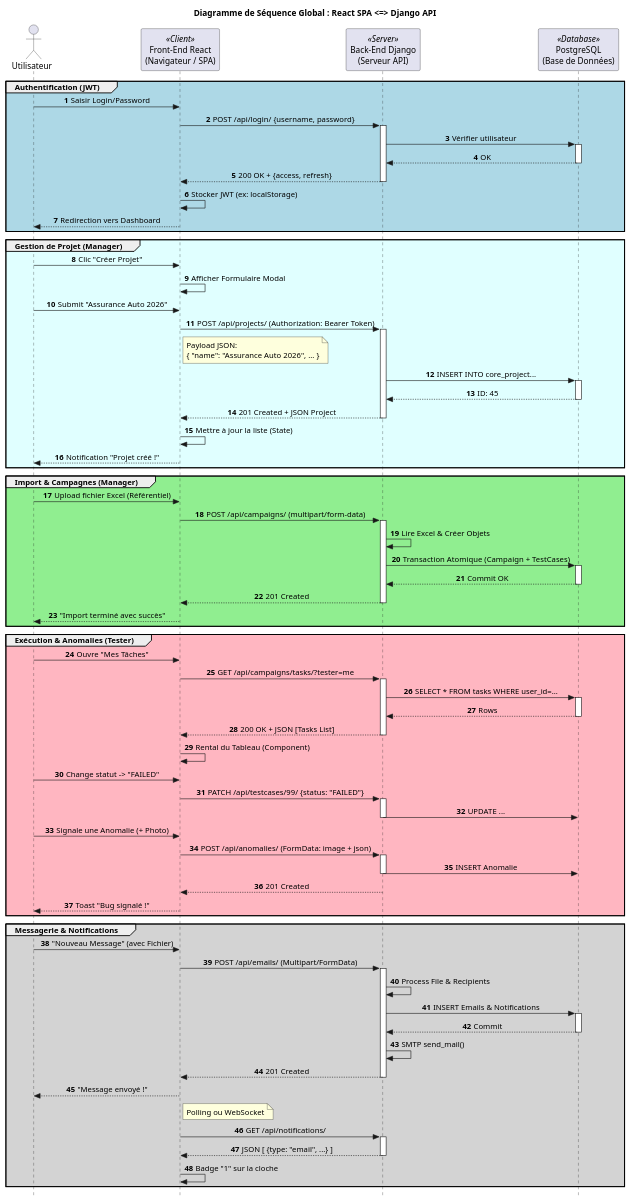
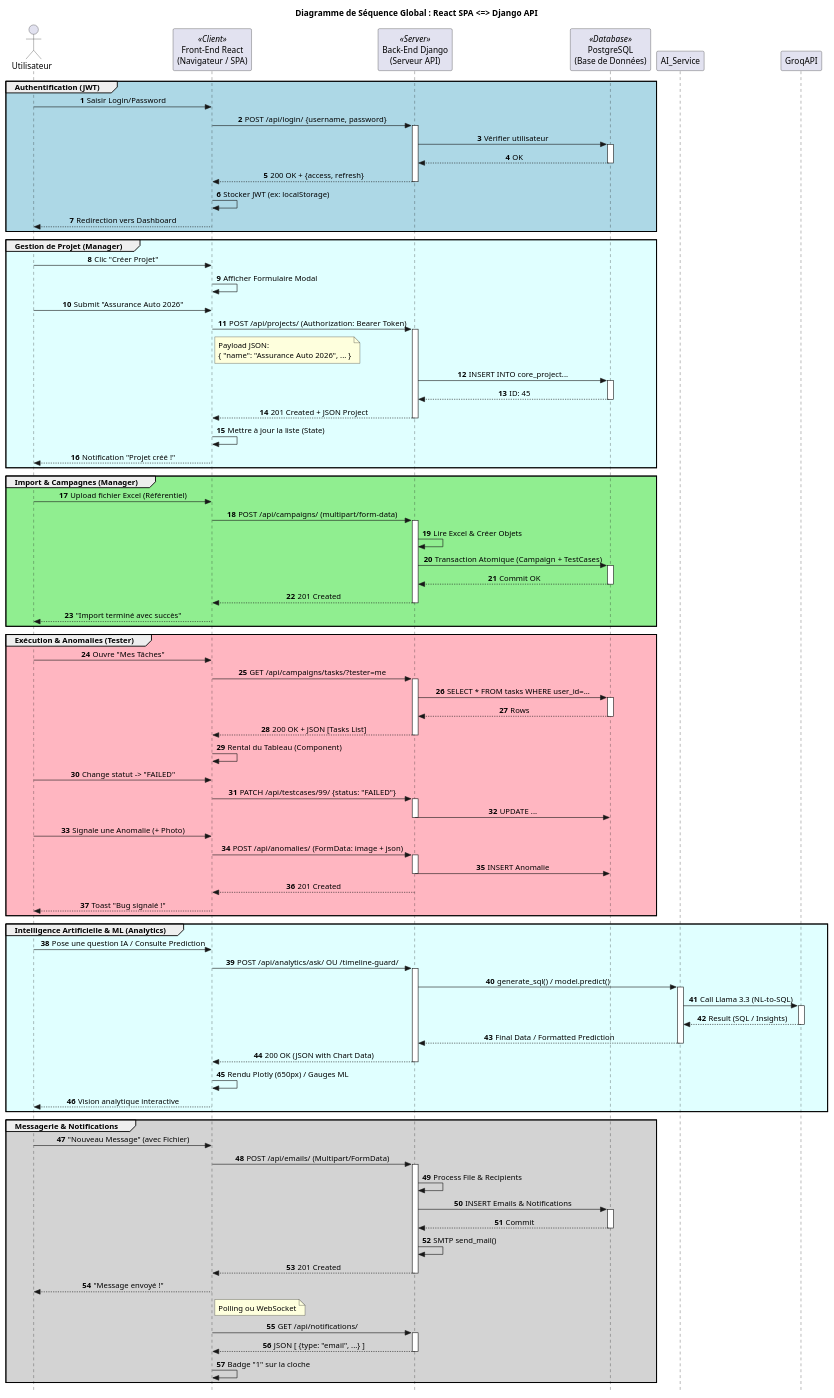
Before and after one commit to onsben19/Test-Management-Plateforme-LLoyd: the diagram in InsureTM/diagrammes /react_django_sequence.puml, drawn with PlantUML. The commit also changed 28 other files, not shown here.

```diff
--- a/InsureTM/diagrammes /react_django_sequence.puml
+++ b/InsureTM/diagrammes /react_django_sequence.puml
@@ -1,112 +1,129 @@
 @startuml
 autonumber
 skinparam style strictuml
 skinparam sequenceMessageAlign center
 
 title Diagramme de Séquence Global : React SPA <=> Django API
 
 actor "Utilisateur" as User
 participant "Front-End React\n(Navigateur / SPA)" as React <<Client>>
 participant "Back-End Django\n(Serveur API)" as Django <<Server>>
 participant "PostgreSQL\n(Base de Données)" as DB <<Database>>
 
 group #LightBlue Authentification (JWT)
     User -> React: Saisir Login/Password
     React -> Django: POST /api/login/ {username, password}
     activate Django
     Django -> DB: Vérifier utilisateur
     activate DB
     DB --> Django: OK
     deactivate DB
     Django --> React: 200 OK + {access, refresh}
     deactivate Django
     React -> React: Stocker JWT (ex: localStorage)
     React --> User: Redirection vers Dashboard
 end
 
 group #LightCyan Gestion de Projet (Manager)
     User -> React: Clic "Créer Projet"
     React -> React: Afficher Formulaire Modal
     User -> React: Submit "Assurance Auto 2026"
     
     React -> Django: POST /api/projects/ (Authorization: Bearer Token)
     activate Django
     note right of React: Payload JSON:\n{ "name": "Assurance Auto 2026", ... }
     
     Django -> DB: INSERT INTO core_project...
     activate DB
     DB --> Django: ID: 45
     deactivate DB
     
     Django --> React: 201 Created + JSON Project
     deactivate Django
     React -> React: Mettre à jour la liste (State)
     React --> User: Notification "Projet créé !"
 end
 
 group #LightGreen Import & Campagnes (Manager)
     User -> React: Upload fichier Excel (Référentiel)
     React -> Django: POST /api/campaigns/ (multipart/form-data)
     activate Django
     Django -> Django: Lire Excel & Créer Objets
     Django -> DB: Transaction Atomique (Campaign + TestCases)
     activate DB
     DB --> Django: Commit OK
     deactivate DB
     Django --> React: 201 Created
     deactivate Django
     React --> User: "Import terminé avec succès"
 end
 
 group #LightPink Exécution & Anomalies (Tester)
     User -> React: Ouvre "Mes Tâches"
     React -> Django: GET /api/campaigns/tasks/?tester=me
     activate Django
     Django -> DB: SELECT * FROM tasks WHERE user_id=...
     activate DB
     DB --> Django: Rows
     deactivate DB
     Django --> React: 200 OK + JSON [Tasks List]
     deactivate Django
     React -> React: Rental du Tableau (Component)
     
     User -> React: Change statut -> "FAILED"
     React -> Django: PATCH /api/testcases/99/ {status: "FAILED"}
     activate Django
     Django -> DB: UPDATE ...
     deactivate Django
     
     User -> React: Signale une Anomalie (+ Photo)
     React -> Django: POST /api/anomalies/ (FormData: image + json)
     activate Django
     Django -> DB: INSERT Anomalie
     deactivate Django
     Django --> React: 201 Created
     deactivate Django
     React --> User: Toast "Bug signalé !"
 end
 
+group #LightCyan Intelligence Artificielle & ML (Analytics)
+    User -> React: Pose une question IA / Consulte Prediction
+    React -> Django: POST /api/analytics/ask/ OU /timeline-guard/
+    activate Django
+    Django -> AI_Service: generate_sql() / model.predict()
+    activate AI_Service
+    AI_Service -> GroqAPI: Call Llama 3.3 (NL-to-SQL)
+    activate GroqAPI
+    GroqAPI --> AI_Service: Result (SQL / Insights)
+    deactivate GroqAPI
+    AI_Service --> Django: Final Data / Formatted Prediction
+    deactivate AI_Service
+    Django --> React: 200 OK (JSON with Chart Data)
+    deactivate Django
+    React -> React: Rendu Plotly (650px) / Gauges ML
+    React --> User: Vision analytique interactive
+end
 group #LightGray Messagerie & Notifications
     User -> React: "Nouveau Message" (avec Fichier)
     React -> Django: POST /api/emails/ (Multipart/FormData)
     activate Django
     Django -> Django: Process File & Recipients
     Django -> DB: INSERT Emails & Notifications
     activate DB
     DB --> Django: Commit
     deactivate DB
     Django -> Django: SMTP send_mail()
     Django --> React: 201 Created
     deactivate Django
     
     React --> User: "Message envoyé !"
     
     note right of React: Polling ou WebSocket
     React -> Django: GET /api/notifications/
     activate Django
     Django --> React: JSON [ {type: "email", ...} ]
     deactivate Django
     React -> React: Badge "1" sur la cloche
 end
 
 @enduml
```
